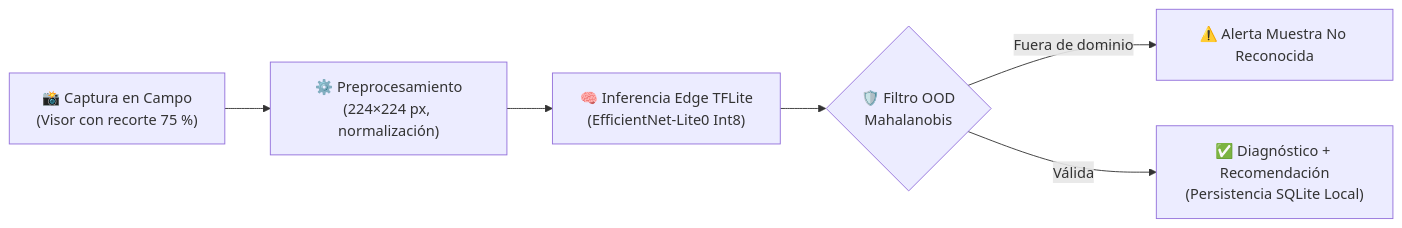
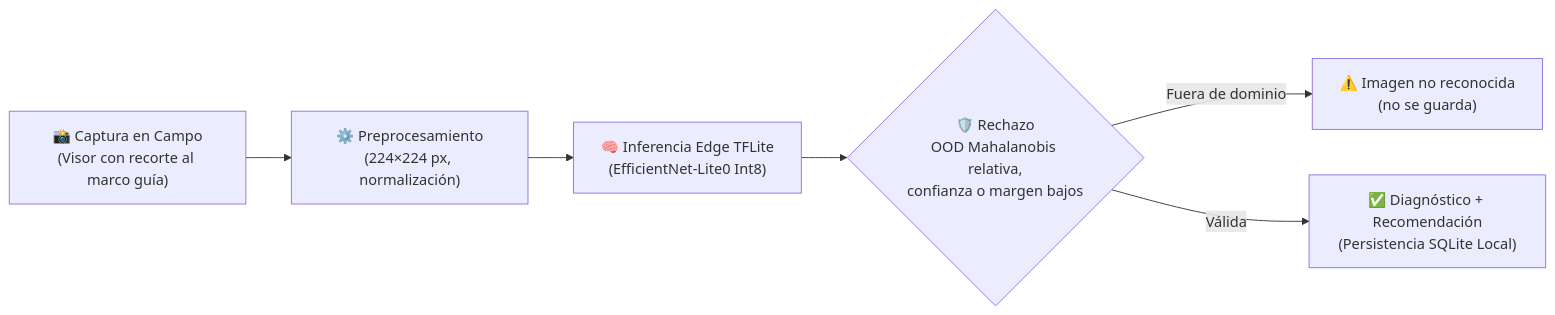
Before and after one commit to daiv05/maize-doctor-classifier: the diagram in docs/es/index.md, drawn with Mermaid. The commit also changed other lines of this file and 359 other files, not shown here.

````diff
--- a/docs/es/index.md
+++ b/docs/es/index.md
@@ -135,8 +100,8 @@
 ```mermaid
 flowchart LR
-    A["📸 Captura en Campo<br>(Visor con recorte 75 %)"] --> B["⚙️ Preprocesamiento<br>(224×224 px, normalización)"]
+    A["📸 Captura en Campo<br>(Visor con recorte al marco guía)"] --> B["⚙️ Preprocesamiento<br>(224×224 px, normalización)"]
     B --> C["🧠 Inferencia Edge TFLite<br>(EfficientNet-Lite0 Int8)"]
-    C --> D{"🛡️ Filtro OOD<br>Mahalanobis"}
-    D -- "Fuera de dominio" --> E["⚠️ Alerta Muestra No Reconocida"]
+    C --> D{"🛡️ Rechazo<br>OOD Mahalanobis relativa,<br>confianza o margen bajos"}
+    D -- "Fuera de dominio" --> E["⚠️ Imagen no reconocida<br>(no se guarda)"]
     D -- "Válida" --> F["✅ Diagnóstico + Recomendación<br>(Persistencia SQLite Local)"]
 ```
````
